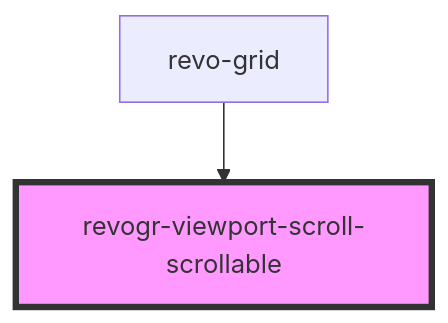
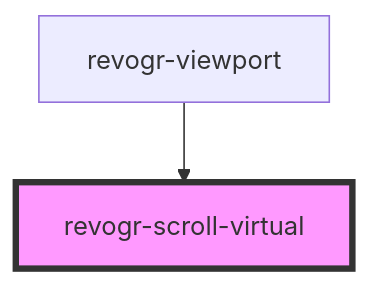
One commit to revolist/revogrid changed the diagram in src/components/scrollable/readme.md. Above: the diagram before and after it, drawn with Mermaid. The commit also changed other lines of this file and 31 other files, not shown here.

````diff
--- a/src/components/scrollable/readme.md
+++ b/src/components/scrollable/readme.md
@@ -38,5 +44,5 @@
 ```mermaid
 graph TD;
-  revo-grid --> revogr-viewport-scroll-scrollable
-  style revogr-viewport-scroll-scrollable fill:#f9f,stroke:#333,stroke-width:4px
+  revogr-viewport --> revogr-scroll-virtual
+  style revogr-scroll-virtual fill:#f9f,stroke:#333,stroke-width:4px
 ```
````
